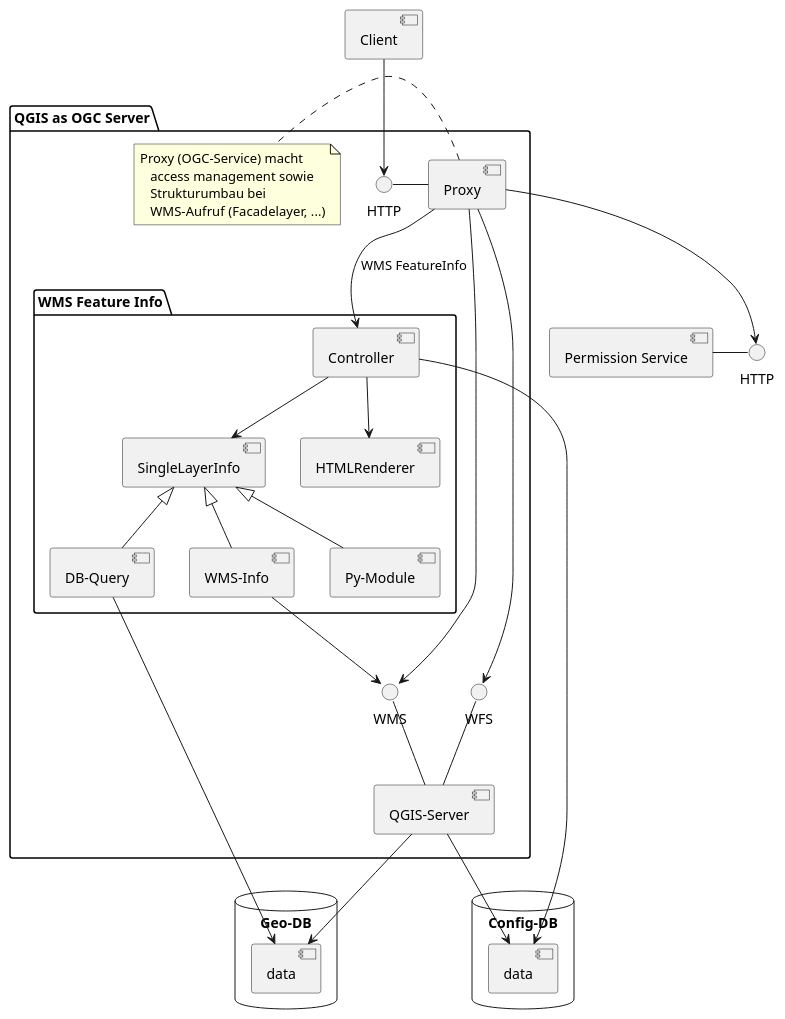
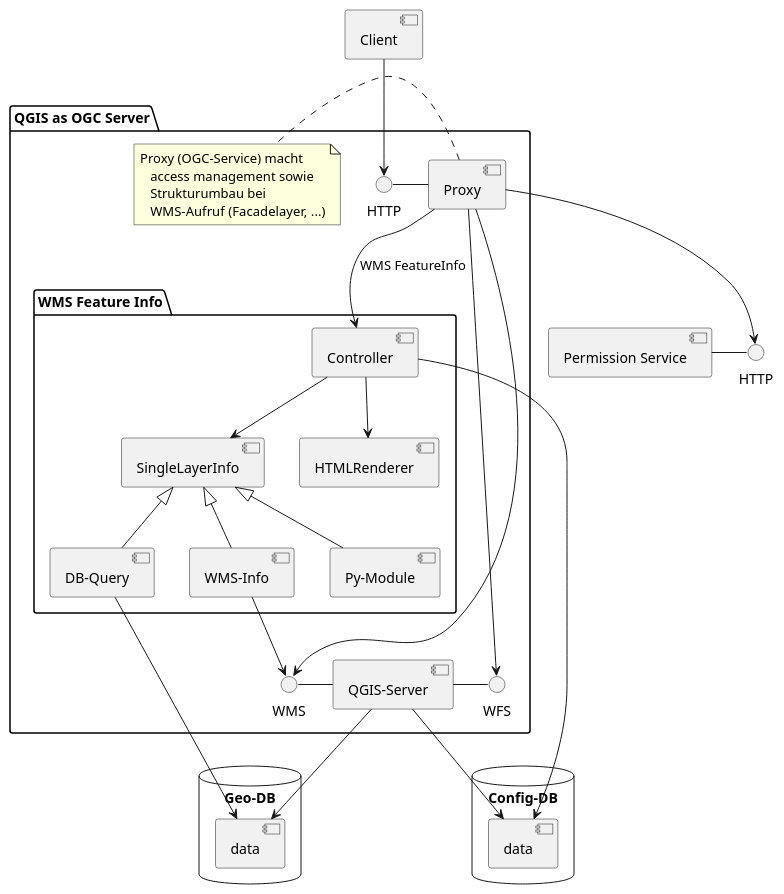
The diagram in diagrams/api_ogc_qgisserver.puml (bjsvwcur/components), drawn with PlantUML before and after one commit. The commit also changed 15 other files, not shown here.

```diff
--- a/diagrams/api_ogc_qgisserver.puml
+++ b/diagrams/api_ogc_qgisserver.puml
@@ -1,71 +1,71 @@
 @startuml
 [Permission Service] as ps
 () HTTP as psi
 ps - psi
  
 database "Config-DB" {
   [data] as config
 }
 
 database "Geo-DB" {
   [data] as data
 }
 
 package "QGIS as OGC Server"{
 
   together {
   [QGIS-Server] as qs
   () WMS as wmi
   () WFS as wfi
-  wfi -- qs
-  wmi -- qs
+  qs - wfi
+  wmi - qs
   qs --> data
   qs --> config
   }
   
 
   package "WMS Feature Info" {
   	[Controller] as ctr
     [SingleLayerInfo] as sli
     [WMS-Info] as wi
     [DB-Query] as dbq
     [Py-Module] as py
     [HTMLRenderer] as rend
     
     ctr --> sli
     ctr --> rend
     ctr --> config
     sli <|-- wi
     sli <|-- dbq
     sli <|-- py
     wi --> wmi
     dbq --> data
   }
   
   
   together {
   [Proxy] as am
   () HTTP as ami
   ami - am
   am --> psi   
   am --> wmi
   am --> wfi
   am --> ctr : WMS FeatureInfo
   }
   
   note right of am
 	Proxy (OGC-Service) macht 
     access management sowie 
     Strukturumbau bei 
     WMS-Aufruf (Facadelayer, ...)
   end note
   
 }
 
 
 
 
 
 [Client] as cl
 cl --> ami
 @enduml
```
